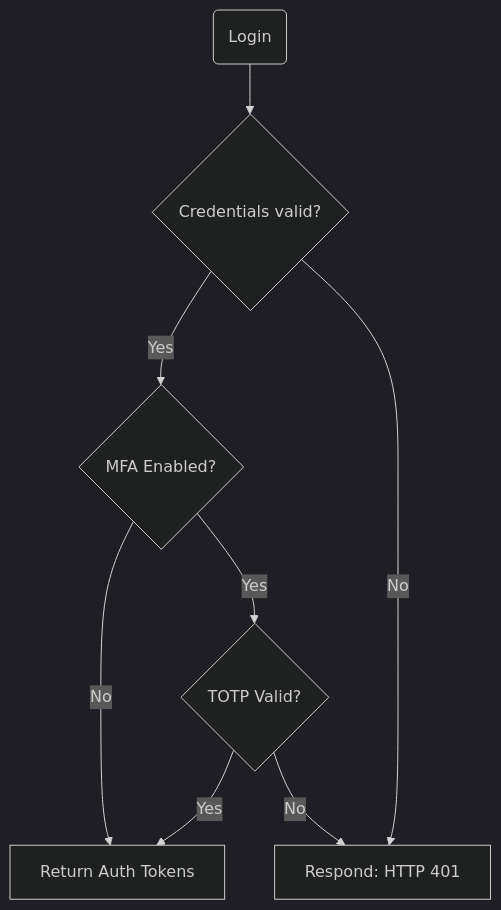
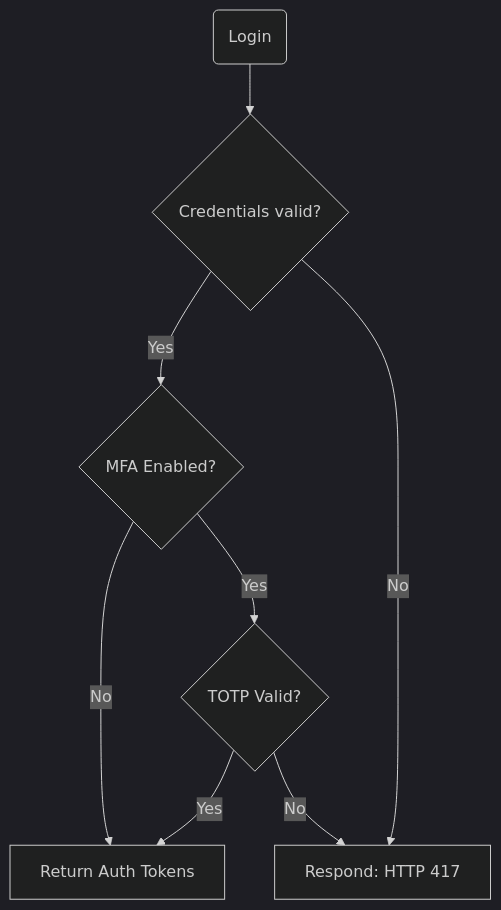
Before and after one commit to lbrty/observer: the diagram in README.md, drawn with Mermaid. The commit also changed other lines of this file, not shown here.

Commit message:
Adjust diagram

````diff
--- a/README.md
+++ b/README.md
@@ -26,15 +26,15 @@
 ```mermaid
 %%{init: {'theme':'dark'}}%%
 flowchart TD
     A(Login) --> B{Credentials valid?}
     B --> |Yes| C
     B --> |No| F
     C{MFA Enabled?}
     C --> |No| H
     C --> |Yes| D
     D{TOTP Valid?}
     D --> |Yes| H
     D --> |No| F
-    F[Respond: HTTP 401]
+    F[Respond: HTTP 417]
     H[Return Auth Tokens]
 ```
````
